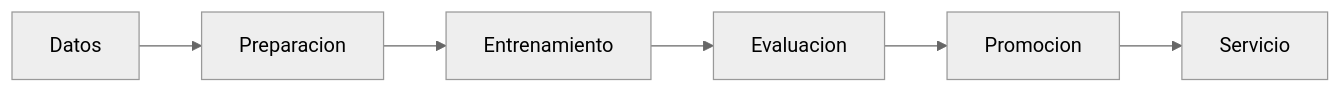
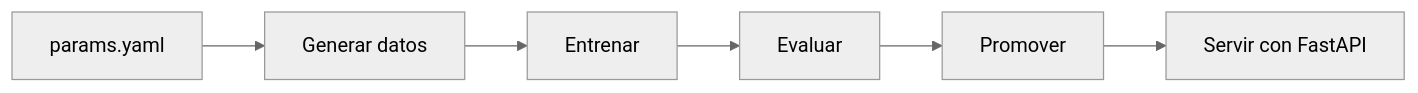
One commit to wilmerpineda/modulo2_mlops_python changed the diagram in unidad_1/01_pipelines_modularidad.md. Above: the diagram before and after it, drawn with Mermaid (neutral theme). The commit also changed other lines of this file and 126 other files, not shown here.

````diff
--- a/unidad_1/01_pipelines_modularidad.md
+++ b/unidad_1/01_pipelines_modularidad.md
@@ -15,8 +9,8 @@
 ```{mermaid}
 flowchart LR
-    A[Datos] --> B[Preparacion]
-    B --> C[Entrenamiento]
-    C --> D[Evaluacion]
-    D --> E[Promocion]
-    E --> F[Servicio]
+    A[params.yaml] --> B[Generar datos]
+    B --> C[Entrenar]
+    C --> D[Evaluar]
+    D --> E[Promover]
+    E --> F[Servir con FastAPI]
 ```
````
